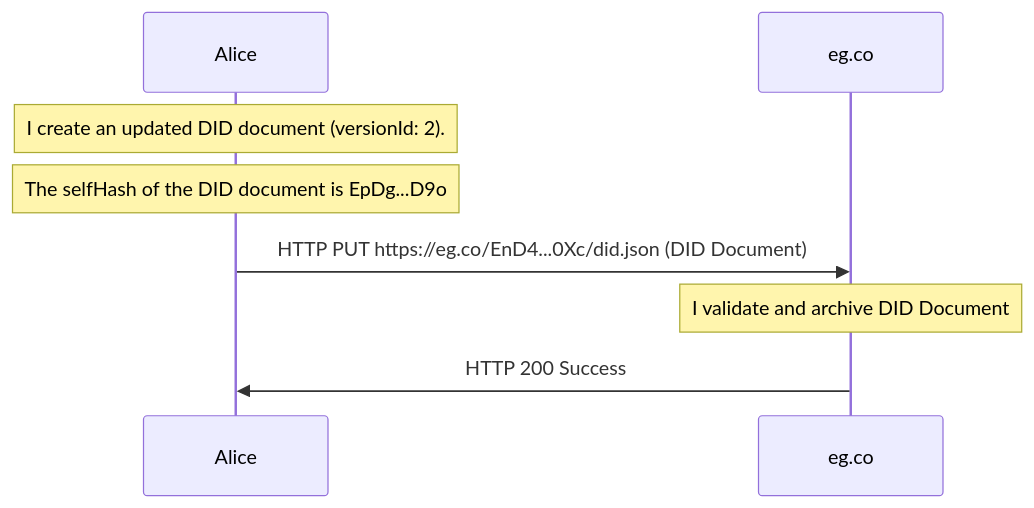
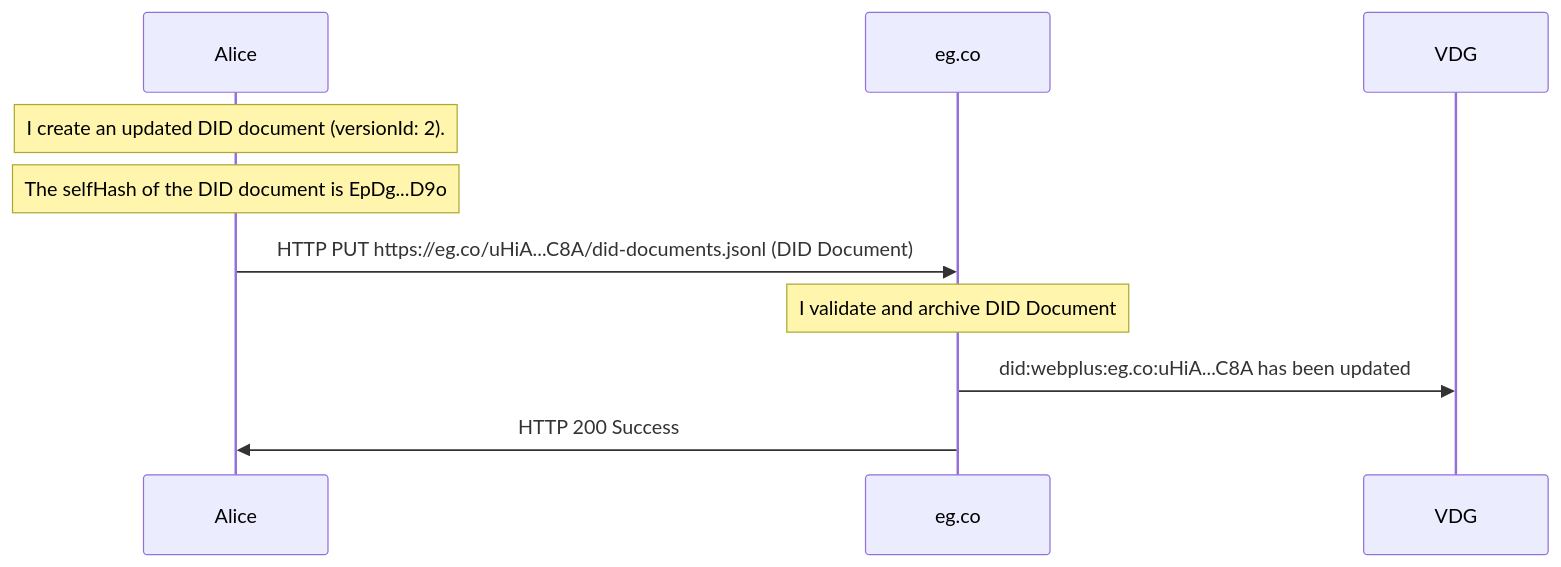
Before and after one commit to LedgerDomain/did-webplus-spec: diagram 11 of 26 in spec.md, drawn with Mermaid. The commit also changed other lines of this file and 3 other files, not shown here.

````diff
--- a/spec.md
+++ b/spec.md
@@ -544,8 +485,9 @@
 ```mermaid
 sequenceDiagram
     Note over Alice: I create an updated DID document (versionId: 2).
     Note over Alice: The selfHash of the DID document is EpDg...D9o
-    Alice->>eg.co: HTTP PUT https://eg.co/EnD4...0Xc/did.json (DID Document)
+    Alice->>eg.co: HTTP PUT https://eg.co/uHiA...C8A/did-documents.jsonl (DID Document)
     Note over eg.co: I validate and archive DID Document
+    eg.co->>VDG: did:webplus:eg.co:uHiA...C8A has been updated
     eg.co->>Alice: HTTP 200 Success
 ```
````
